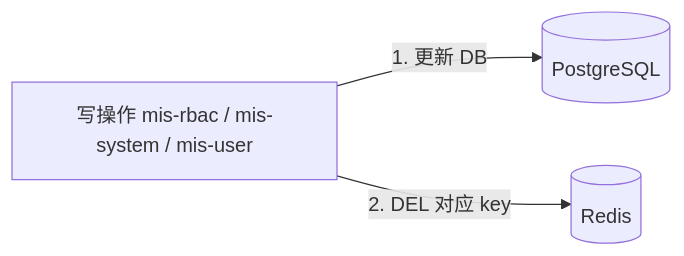
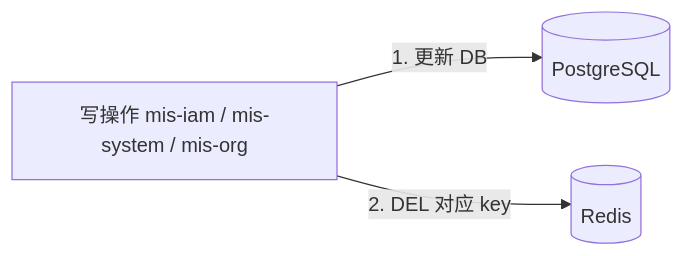
The diagram in docs/adr/ADR-006-cache-strategy.md (13961588612/mis-platform), drawn with Mermaid before and after one commit. The commit also changed other lines of this file and 30 other files, not shown here.

Commit message:
模块整理 mis-org+mis-user->mis-org mis-rabs->mis-iam  mis-api->mis-system

````diff
--- a/docs/adr/ADR-006-cache-strategy.md
+++ b/docs/adr/ADR-006-cache-strategy.md
@@ -44,9 +44,9 @@
 ```mermaid
 flowchart LR
-    W[写操作 mis-rbac / mis-system / mis-user]
+    W[写操作 mis-iam / mis-system / mis-org]
     DB[(PostgreSQL)]
     R[(Redis)]
 
     W -->|1. 更新 DB| DB
     W -->|2. DEL 对应 key| R
 ```
````
